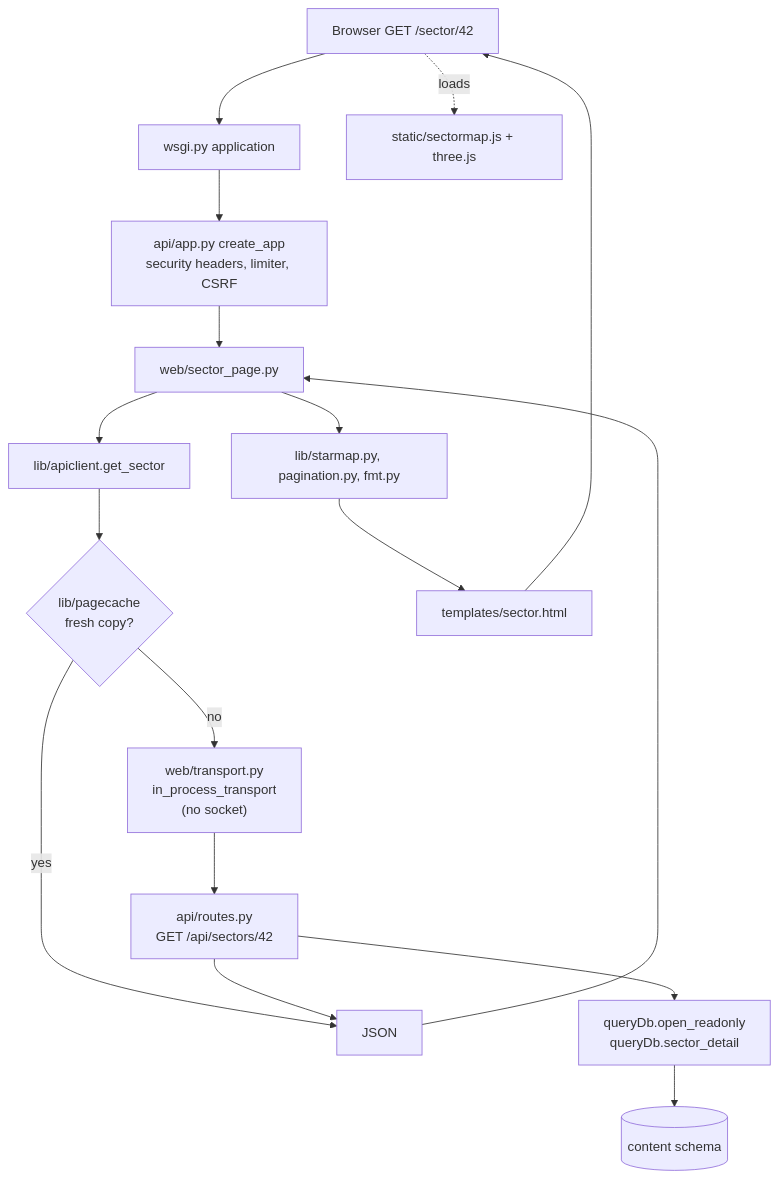
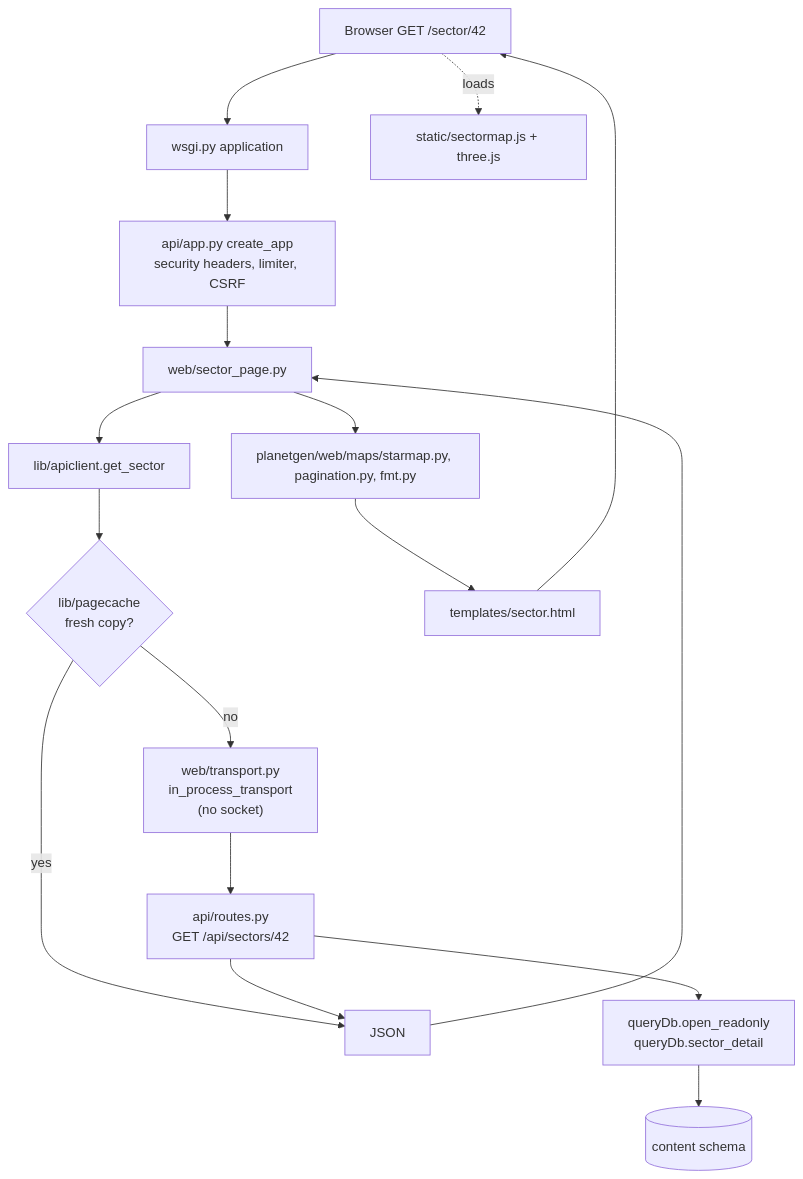
Before and after one commit to dwhagar/planetGen: the fifth of 8 diagrams in docs/design/architecture.md, drawn with Mermaid. The commit also changed other lines of this file and 138 other files, not shown here.

First line of the commit message:
Move src/html/lib into planetgen.web.lib and planetgen.web.maps (OPS.24 step 10) (#452)

````diff
--- a/docs/design/architecture.md
+++ b/docs/design/architecture.md
@@ -551,19 +553,19 @@
 ```mermaid
 flowchart TD
     B["Browser GET /sector/42"] --> W["wsgi.py application"]
     W --> App["api/app.py create_app<br/>security headers, limiter, CSRF"]
     App --> View["web/sector_page.py"]
     View --> AC["lib/apiclient.get_sector"]
     AC --> PC{"lib/pagecache<br/>fresh copy?"}
     PC -->|"yes"| JSON
     PC -->|"no"| T["web/transport.py<br/>in_process_transport<br/>(no socket)"]
     T --> R["api/routes.py<br/>GET /api/sectors/42"]
     R --> Q["queryDb.open_readonly<br/>queryDb.sector_detail"]
     Q --> DB[("content schema")]
     R --> JSON["JSON"]
     JSON --> View
-    View --> Lib["lib/starmap.py, pagination.py, fmt.py"]
+    View --> Lib["planetgen/web/maps/starmap.py, pagination.py, fmt.py"]
     Lib --> Tpl["templates/sector.html"]
     Tpl --> B
     B -. "loads" .-> JS["static/sectormap.js + three.js"]
 ```
````
